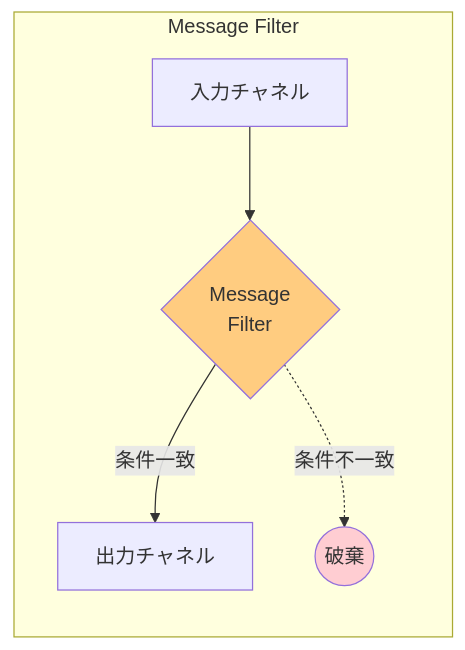
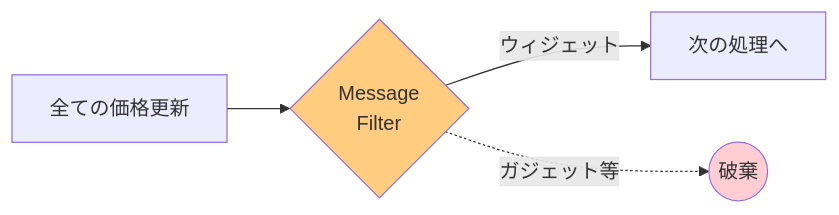
The third of 4 diagrams in content/programming/reactive_messaging_pattern/simple-routers/message_filter.md (tomoikey/quartz), drawn with Mermaid before and after one commit. The commit also changed other lines of this file and 18 other files, not shown here.

````diff
--- a/content/programming/reactive_messaging_pattern/simple-routers/message_filter.md
+++ b/content/programming/reactive_messaging_pattern/simple-routers/message_filter.md
@@ -34,11 +63,9 @@
 ```mermaid
 graph LR
-    subgraph "Message Filter"
-        IN[入力チャネル] --> MF{Message<br/>Filter}
-        MF -->|条件一致| OUT[出力チャネル]
-        MF -.->|条件不一致| DISCARD((破棄))
-    end
+    IN[全ての価格更新] --> MF{Message<br/>Filter}
+    MF -->|ウィジェット| OUT[次の処理へ]
+    MF -.->|ガジェット等| DISCARD((破棄))
 
     style MF fill:#ffcc80
     style DISCARD fill:#ffcdd2
 ```
````
